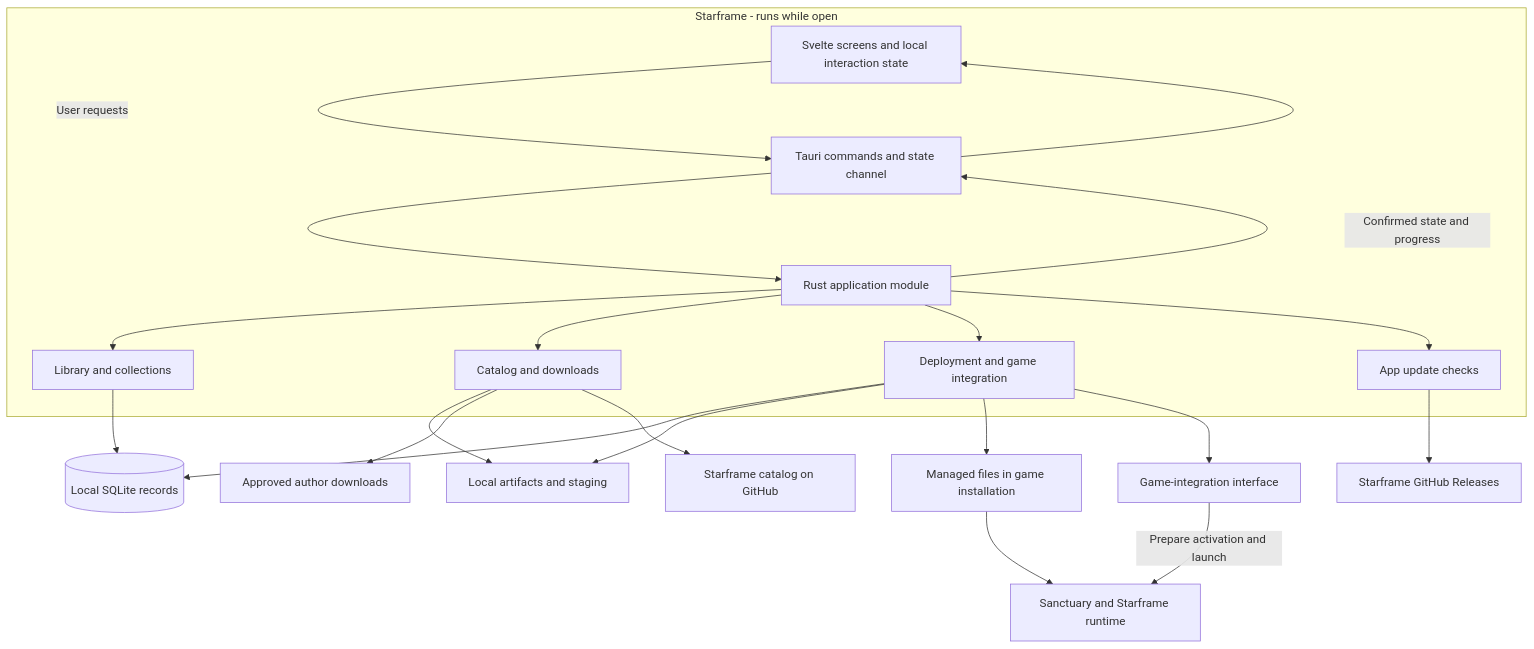
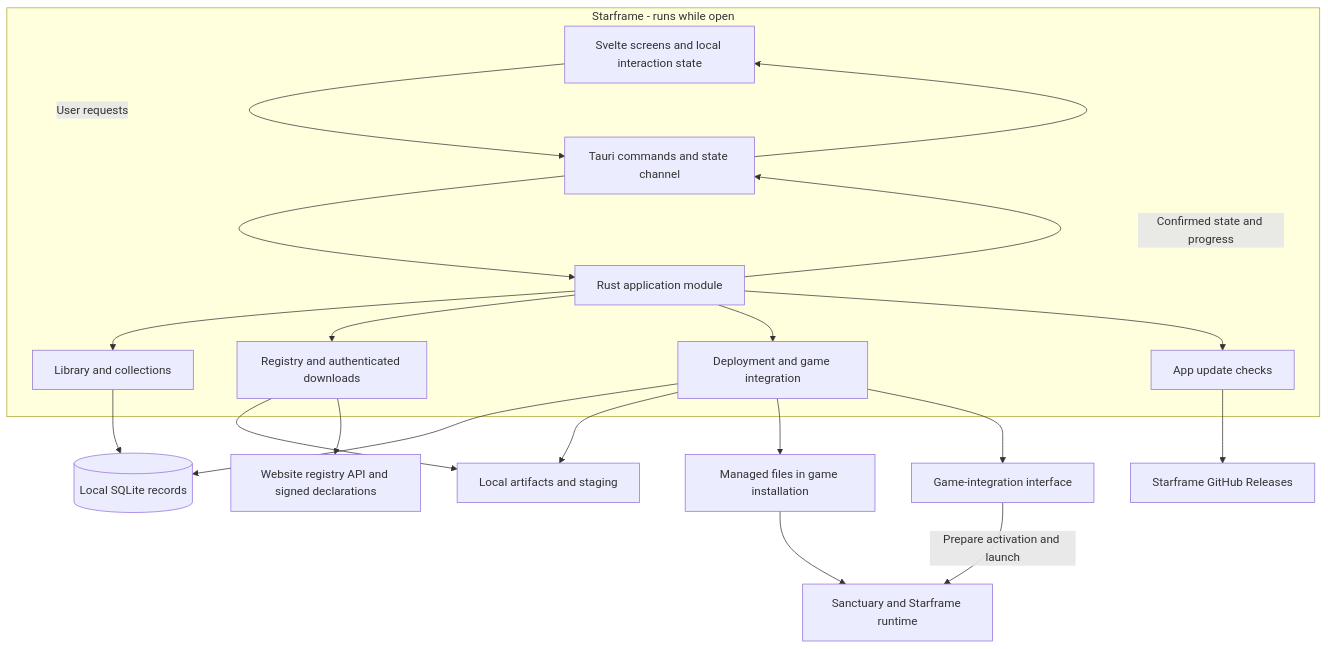
One commit to Mastervoliumpl/Starframe changed the first of 7 diagrams in ARCHITECTURE.md. Above: the diagram before and after it, drawn with Mermaid. The commit also changed other lines of this file and 347 other files, not shown here.

First line of the commit message:
0.7.0: shared backend and website registry integration (#78)

````diff
--- a/ARCHITECTURE.md
+++ b/ARCHITECTURE.md
@@ -35,31 +37,30 @@
 ```mermaid
 flowchart TB
     subgraph App[Starframe - runs while open]
         UI[Svelte screens and local interaction state]
         IPC[Tauri commands and state channel]
         Core[Rust application module]
         Library[Library and collections]
-        Catalog[Catalog and downloads]
+        Registry[Registry and authenticated downloads]
         Deploy[Deployment and game integration]
         Updates[App update checks]
         UI -->|User requests| IPC
         IPC --> Core
         Core --> Library
-        Core --> Catalog
+        Core --> Registry
         Core --> Deploy
         Core --> Updates
         Core -->|Confirmed state and progress| IPC
         IPC --> UI
     end
     Library --> DB[(Local SQLite records)]
-    Catalog --> Files[Local artifacts and staging]
-    Catalog --> Authors[Approved author downloads]
-    Catalog --> Index[Starframe catalog on GitHub]
+    Registry --> Files[Local artifacts and staging]
+    Registry --> Website[Website registry API and signed declarations]
     Updates --> Releases[Starframe GitHub Releases]
     Deploy --> DB
     Deploy --> Files
     Deploy --> GameFiles[Managed files in game installation]
     Deploy --> Integration[Game-integration interface]
     Integration -->|Prepare activation and launch| Game[Sanctuary and Starframe runtime]
     GameFiles --> Game
 ```
````
